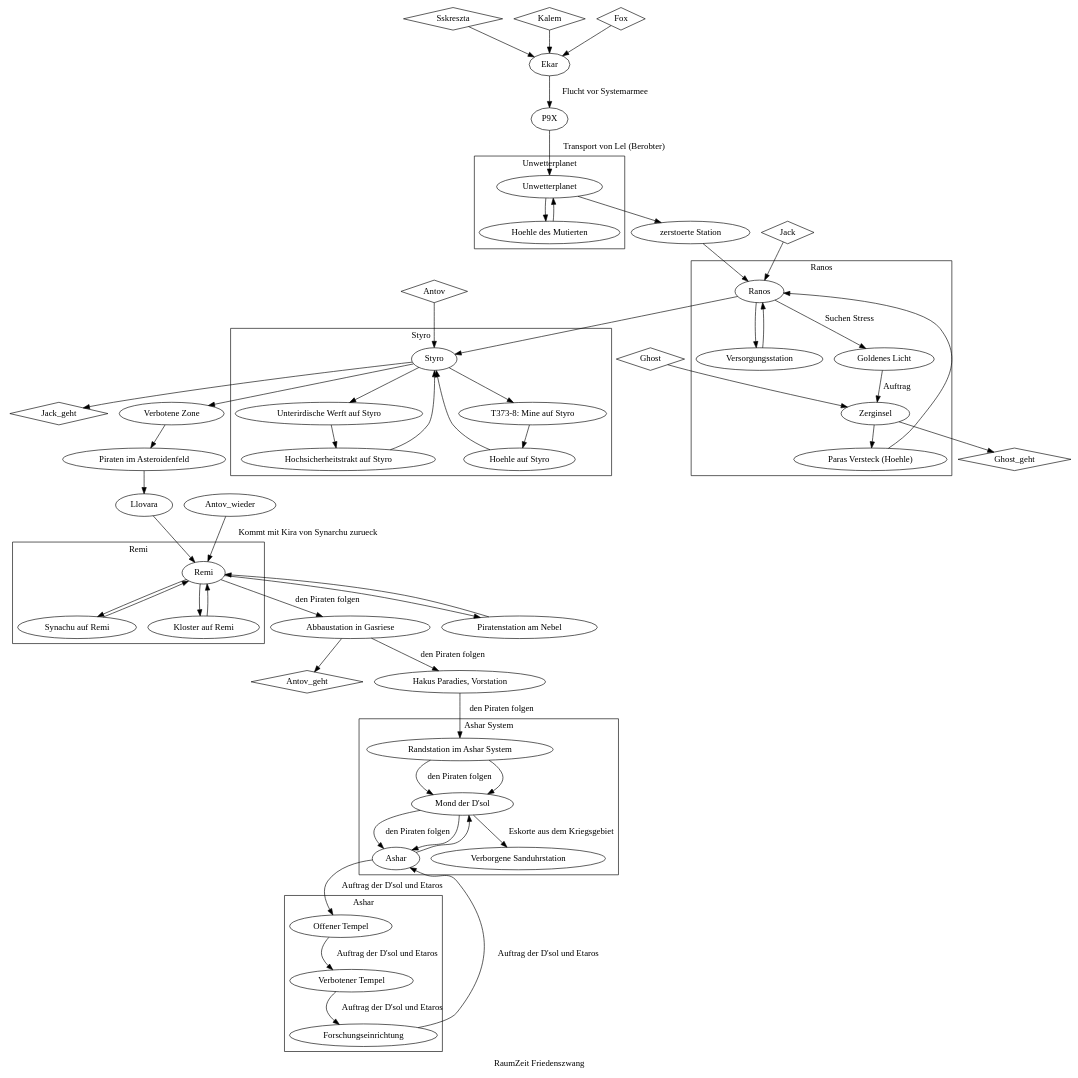
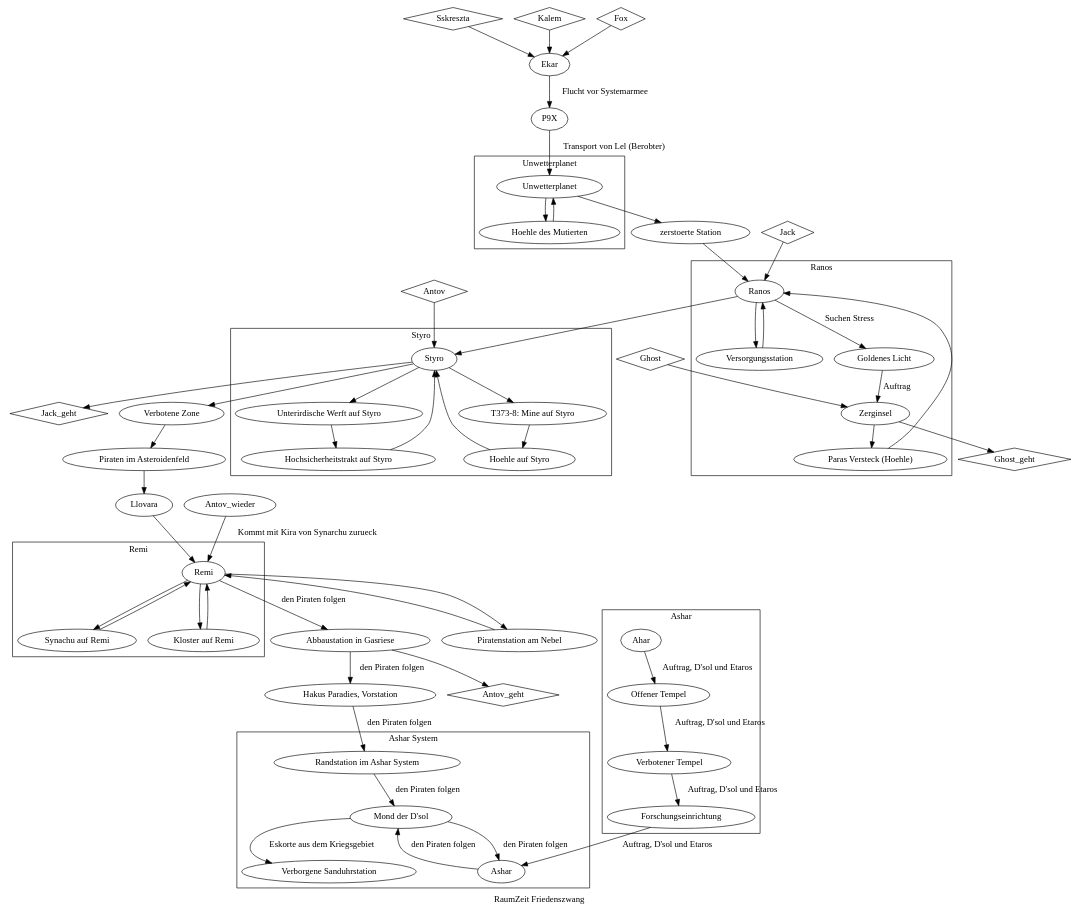
One commit to vaibhav-gupt/Hg changed the diagram in RaumZeit/Charaktere/Sskreszta/stationen_unserer_reise.dot. Above: the diagram before and after it, drawn with Graphviz.

Commit message:
Feinschliff.

```diff
--- a/RaumZeit/Charaktere/Sskreszta/stationen_unserer_reise.dot
+++ b/RaumZeit/Charaktere/Sskreszta/stationen_unserer_reise.dot
@@ -1,85 +1,84 @@
 digraph G {
     name = "RaumZeit Friedenszwang"
     label = "RaumZeit Friedenszwang"
     // Personen
     node [shape="diamond"] Sskreszta; Kalem; Fox; Jack; Jack_geht; Ghost; Ghost_geht; Antov; Antov_geht
     
     node [shape=""]
     // dazugestoßen 
     Sskreszta -> Ekar
     Kalem -> Ekar
     Fox -> Ekar
     Jack -> Ranos
     Ghost -> Zerginsel 
     Antov -> Styro
     
     // verlassen
     Zerginsel -> Ghost_geht
     Styro -> Jack_geht
     "Abbaustation in Gasriese" -> Antov_geht
 
     // wiedergekommen
     edge [label="Kommt mit Kira von Synarchu zurueck"]
     Antov_wieder -> Remi
     
     // Der Weg
     edge [label="Flucht vor Systemarmee"] Ekar -> P9X 
     edge [label="Transport von Lel (Berobter)"] P9X -> Unwetterplanet
     edge [label=""]
     Unwetterplanet -> "zerstoerte Station" -> Ranos -> Styro -> "Verbotene Zone" -> "Piraten im Asteroidenfeld" -> Llovara -> Remi -> "Piratenstation am Nebel" -> Remi
 
     edge [label="den Piraten folgen"] Remi -> "Abbaustation in Gasriese" 
     "Abbaustation in Gasriese" -> "Hakus Paradies, Vorstation" -> "Randstation im Ashar System"
-    "Randstation im Ashar System" -> "Mond der D'sol" -> "Ashar"
 
     // Wie es weitergehen koennte. 
     edge [style="dashed"]
     
     edge [label="" style=""]
     // Beschreibungen
         
         // Ereignisse auf dem Unwetterplaneten
         subgraph cluster0 {
             name = Unwetterplanet
             label = Unwetterplanet
             Unwetterplanet -> "Hoehle des Mutierten" -> Unwetterplanet
         }
         
         // Ereignisse in Ranos
         subgraph cluster1 {
             name = Ranos
             label = Ranos
             edge [label="Suchen Stress"]Ranos -> "Goldenes Licht"
             edge [label="Auftrag"] "Goldenes Licht" -> Zerginsel
             edge [label=""] Zerginsel -> "Paras Versteck (Hoehle)" -> Ranos -> Versorgungsstation -> Ranos
         }
         
         // Ereignisse in Styro
         subgraph cluster2 {
             name = Styro
             label = Styro
             Styro -> "T373-8: Mine auf Styro" ->  "Hoehle auf Styro" -> Styro -> "Unterirdische Werft auf Styro" -> "Hochsicherheitstrakt auf Styro" -> Styro 
         }
         
         // Ereignisse auf Remi
         subgraph cluster3 { 
             name = Remi
             label = Remi
             Remi -> "Synachu auf Remi" -> Remi -> "Kloster auf Remi" -> Remi
         }
 
         // Ereignisse bei Ashar
         subgraph cluster4 { 
             name = "Ashar System"
             label = "Ashar System"
-            "Randstation im Ashar System" -> "Mond der D'sol" -> "Ashar" -> "Mond der D'sol"
+            edge [label="den Piraten folgen"] "Randstation im Ashar System" -> "Mond der D'sol" -> "Ashar" -> "Mond der D'sol"
             edge [label="Eskorte aus dem Kriegsgebiet"] "Mond der D'sol" -> "Verborgene Sanduhrstation"
         }
 
         // Ereignisse auf Ashar
         subgraph cluster5 { 
             name = "Ashar"
             label = "Ashar"
-            edge [label="Auftrag der D'sol und Etaros"] Ashar -> "Offener Tempel" -> "Verbotener Tempel" -> Forschungseinrichtung -> Ashar
+            edge [label="Auftrag, D'sol und Etaros"] Ahar -> "Offener Tempel" -> "Verbotener Tempel" -> Forschungseinrichtung -> Ashar
         }
 }
```
